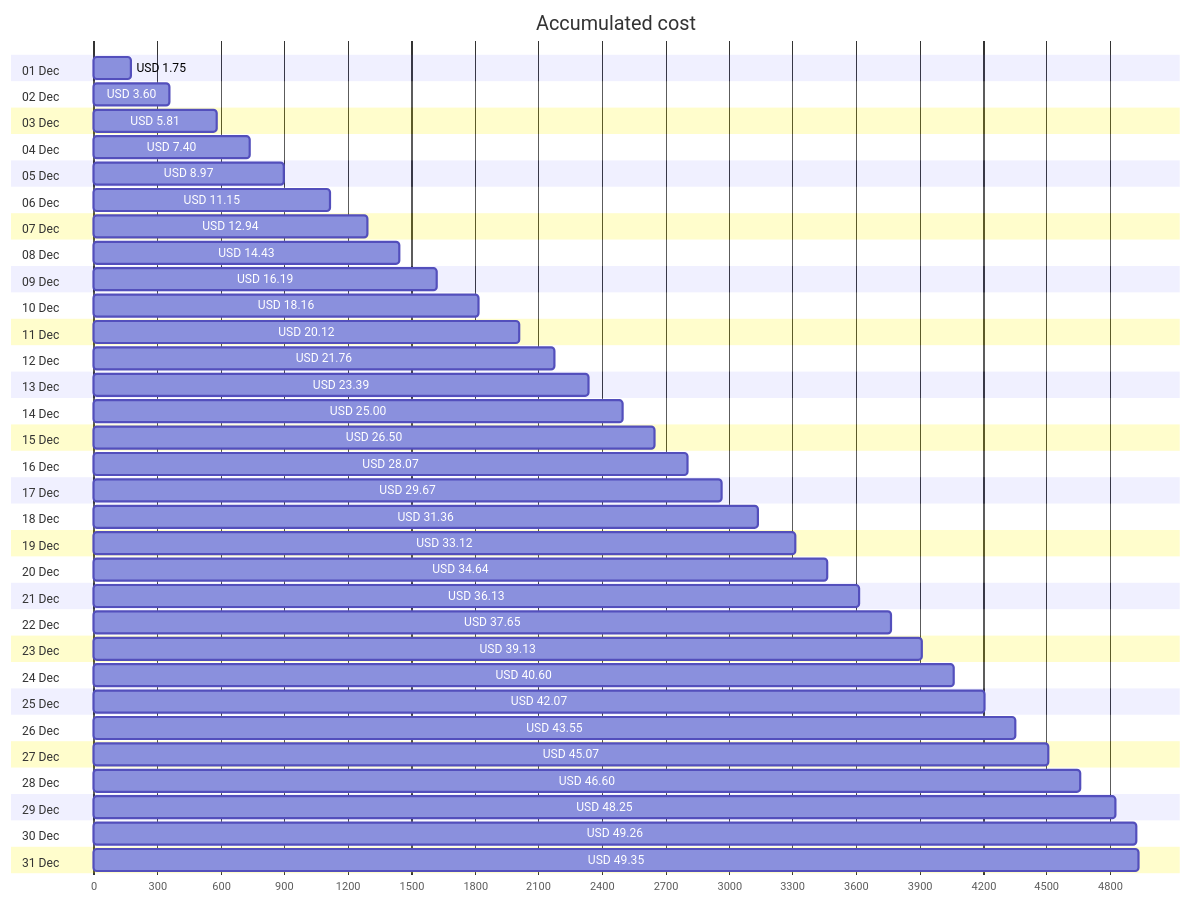
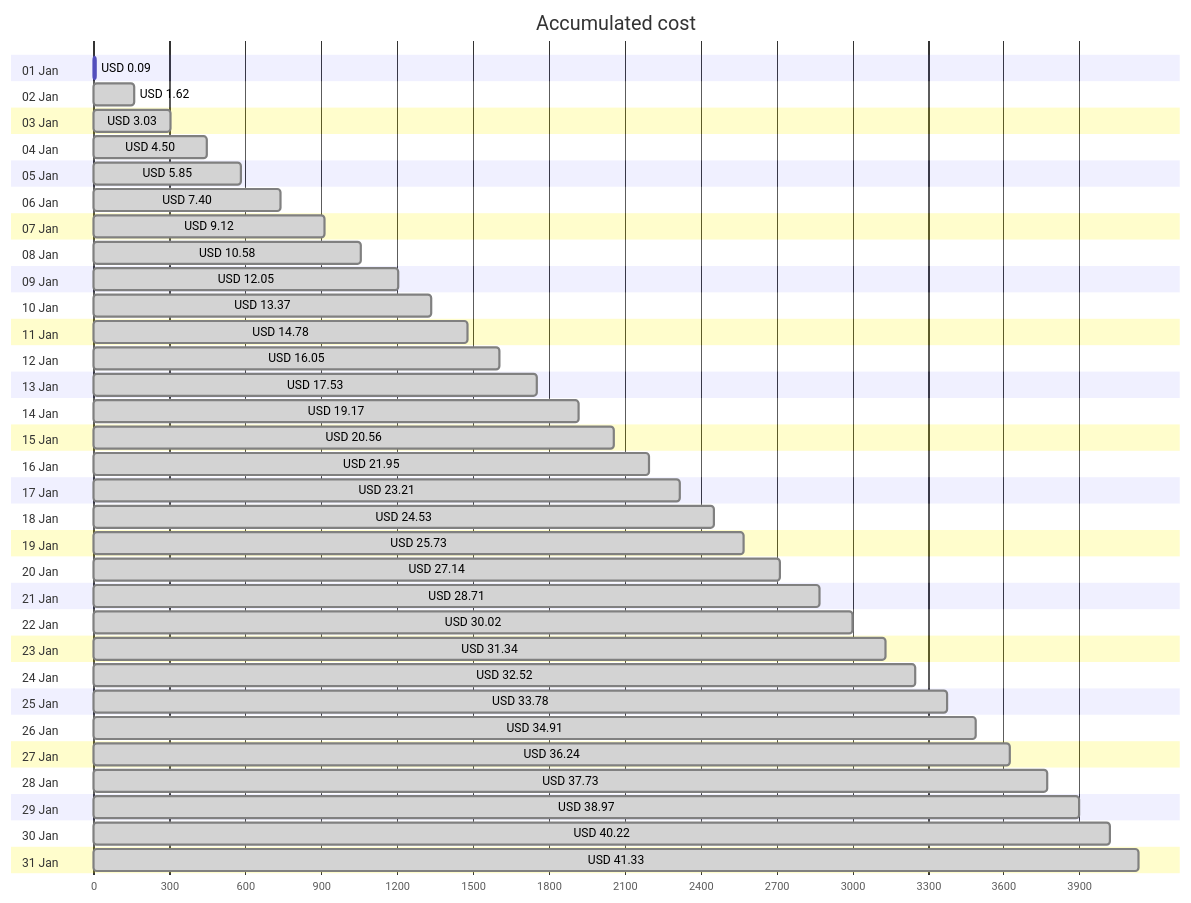
One commit to jpfulton/azure-personal-reports changed the first of 4 diagrams in cost-reports/personal-network/README.md. Above: the diagram before and after it, drawn with Mermaid. The commit also changed other lines of this file and 8 other files, not shown here.

````diff
--- a/cost-reports/personal-network/README.md
+++ b/cost-reports/personal-network/README.md
@@ -20,68 +20,68 @@
 ```mermaid
 gantt
    title Accumulated cost
    dateFormat  X
    axisFormat %s
-   section 01 Dec
-   USD 1.75 :0, 175
-   section 02 Dec
-   USD 3.60 :0, 360
-   section 03 Dec
-   USD 5.81 :0, 581
-   section 04 Dec
-   USD 7.40 :0, 740
-   section 05 Dec
-   USD 8.97 :0, 897
-   section 06 Dec
-   USD 11.15 :0, 1115
-   section 07 Dec
-   USD 12.94 :0, 1294
-   section 08 Dec
-   USD 14.43 :0, 1443
-   section 09 Dec
-   USD 16.19 :0, 1619
-   section 10 Dec
-   USD 18.16 :0, 1816
-   section 11 Dec
-   USD 20.12 :0, 2012
-   section 12 Dec
-   USD 21.76 :0, 2176
-   section 13 Dec
-   USD 23.39 :0, 2339
-   section 14 Dec
-   USD 25.00 :0, 2500
-   section 15 Dec
-   USD 26.50 :0, 2650
-   section 16 Dec
-   USD 28.07 :0, 2807
-   section 17 Dec
-   USD 29.67 :0, 2967
-   section 18 Dec
-   USD 31.36 :0, 3136
-   section 19 Dec
-   USD 33.12 :0, 3312
-   section 20 Dec
-   USD 34.64 :0, 3464
-   section 21 Dec
-   USD 36.13 :0, 3613
-   section 22 Dec
-   USD 37.65 :0, 3765
-   section 23 Dec
-   USD 39.13 :0, 3913
-   section 24 Dec
-   USD 40.60 :0, 4060
-   section 25 Dec
-   USD 42.07 :0, 4207
-   section 26 Dec
-   USD 43.55 :0, 4355
-   section 27 Dec
-   USD 45.07 :0, 4507
-   section 28 Dec
-   USD 46.60 :0, 4660
-   section 29 Dec
-   USD 48.25 :0, 4825
-   section 30 Dec
-   USD 49.26 :0, 4926
-   section 31 Dec
-   USD 49.35 :0, 4935
+   section 01 Jan
+   USD 0.09 :0, 9
+   section 02 Jan
+   USD 1.62 : done, 0, 162
+   section 03 Jan
+   USD 3.03 : done, 0, 303
+   section 04 Jan
+   USD 4.50 : done, 0, 450
+   section 05 Jan
+   USD 5.85 : done, 0, 585
+   section 06 Jan
+   USD 7.40 : done, 0, 740
+   section 07 Jan
+   USD 9.12 : done, 0, 912
+   section 08 Jan
+   USD 10.58 : done, 0, 1058
+   section 09 Jan
+   USD 12.05 : done, 0, 1205
+   section 10 Jan
+   USD 13.37 : done, 0, 1337
+   section 11 Jan
+   USD 14.78 : done, 0, 1478
+   section 12 Jan
+   USD 16.05 : done, 0, 1605
+   section 13 Jan
+   USD 17.53 : done, 0, 1753
+   section 14 Jan
+   USD 19.17 : done, 0, 1917
+   section 15 Jan
+   USD 20.56 : done, 0, 2056
+   section 16 Jan
+   USD 21.95 : done, 0, 2195
+   section 17 Jan
+   USD 23.21 : done, 0, 2321
+   section 18 Jan
+   USD 24.53 : done, 0, 2453
+   section 19 Jan
+   USD 25.73 : done, 0, 2573
+   section 20 Jan
+   USD 27.14 : done, 0, 2714
+   section 21 Jan
+   USD 28.71 : done, 0, 2871
+   section 22 Jan
+   USD 30.02 : done, 0, 3002
+   section 23 Jan
+   USD 31.34 : done, 0, 3134
+   section 24 Jan
+   USD 32.52 : done, 0, 3252
+   section 25 Jan
+   USD 33.78 : done, 0, 3378
+   section 26 Jan
+   USD 34.91 : done, 0, 3491
+   section 27 Jan
+   USD 36.24 : done, 0, 3624
+   section 28 Jan
+   USD 37.73 : done, 0, 3773
+   section 29 Jan
+   USD 38.97 : done, 0, 3897
+   section 30 Jan
+   USD 40.22 : done, 0, 4022
+   section 31 Jan
+   USD 41.33 : done, 0, 4133
 ```
````
